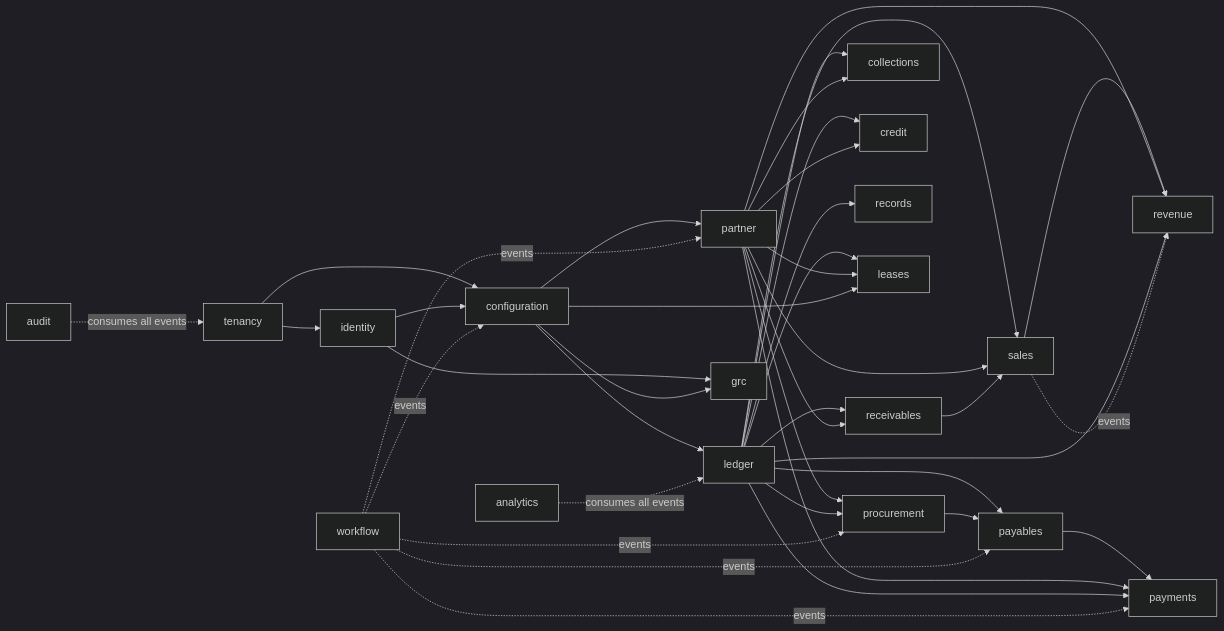
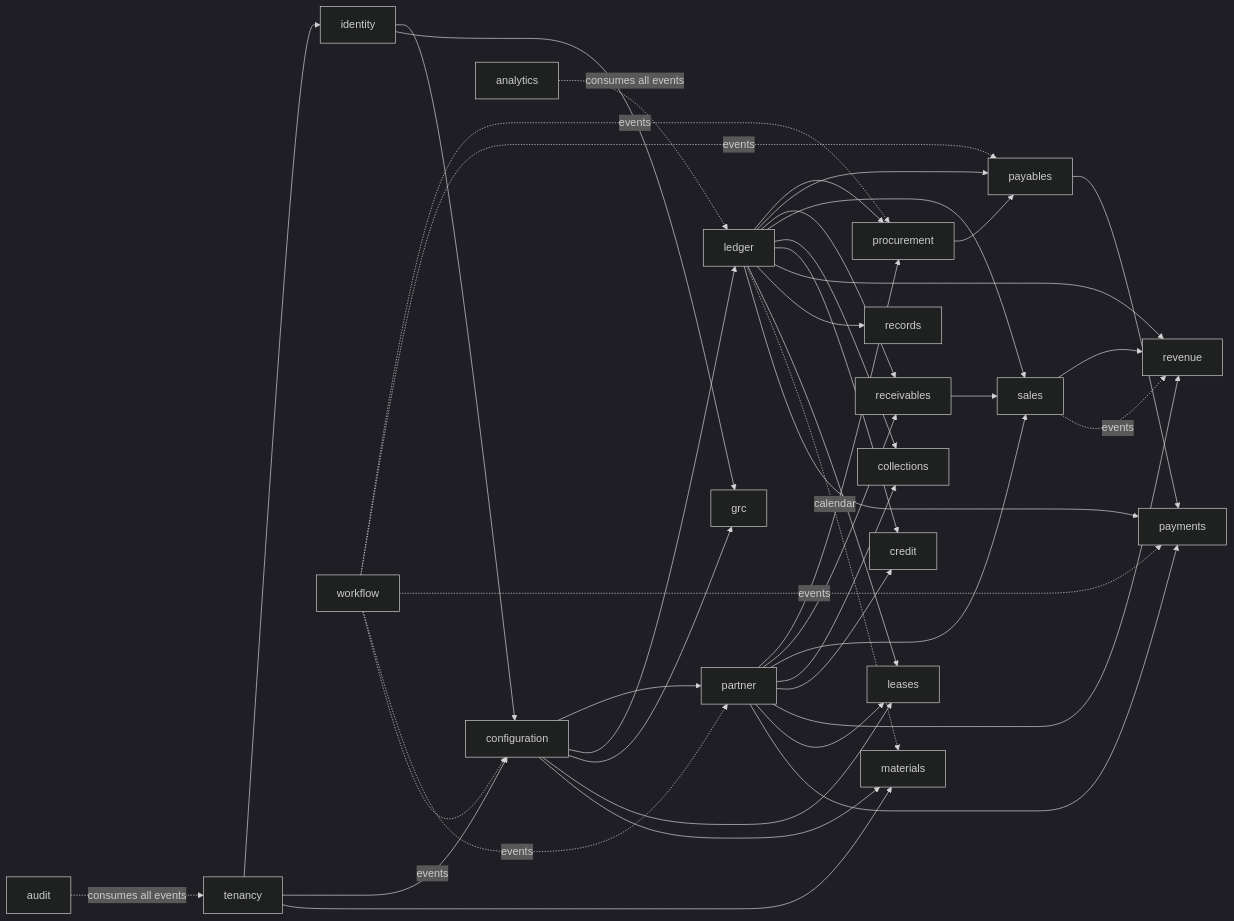
Before and after one commit to mustie7iy/agentic-erp: the first of 2 diagrams in docs/design/02-architecture.md, drawn with Mermaid (dark theme). The commit also changed other lines of this file and 46 other files, not shown here.

````diff
--- a/docs/design/02-architecture.md
+++ b/docs/design/02-architecture.md
@@ -75,41 +77,44 @@
 ```mermaid
 flowchart LR
   tenancy --> identity
   tenancy --> configuration
   identity --> configuration
   configuration --> partner
   configuration --> ledger
   partner --> procurement
   ledger --> procurement
   ledger --> payables
   procurement --> payables
   ledger --> receivables
   partner --> receivables
   ledger --> sales
   partner --> sales
   receivables --> sales
   ledger --> collections
   partner --> collections
   ledger --> credit
   partner --> credit
   sales --> revenue
   partner --> revenue
   ledger --> revenue
   sales -.events.-> revenue
   identity --> grc
   ledger --> records
   configuration --> grc
   ledger --> leases
   partner --> leases
   configuration --> leases
+  tenancy --> materials
+  configuration --> materials
+  ledger -.calendar.-> materials
   payables --> payments
   partner --> payments
   ledger --> payments
   workflow -.events.-> procurement
   workflow -.events.-> payables
   workflow -.events.-> payments
   workflow -.events.-> partner
   workflow -.events.-> configuration
   audit -.consumes all events.-> tenancy
   analytics -.consumes all events.-> ledger
 ```
````
